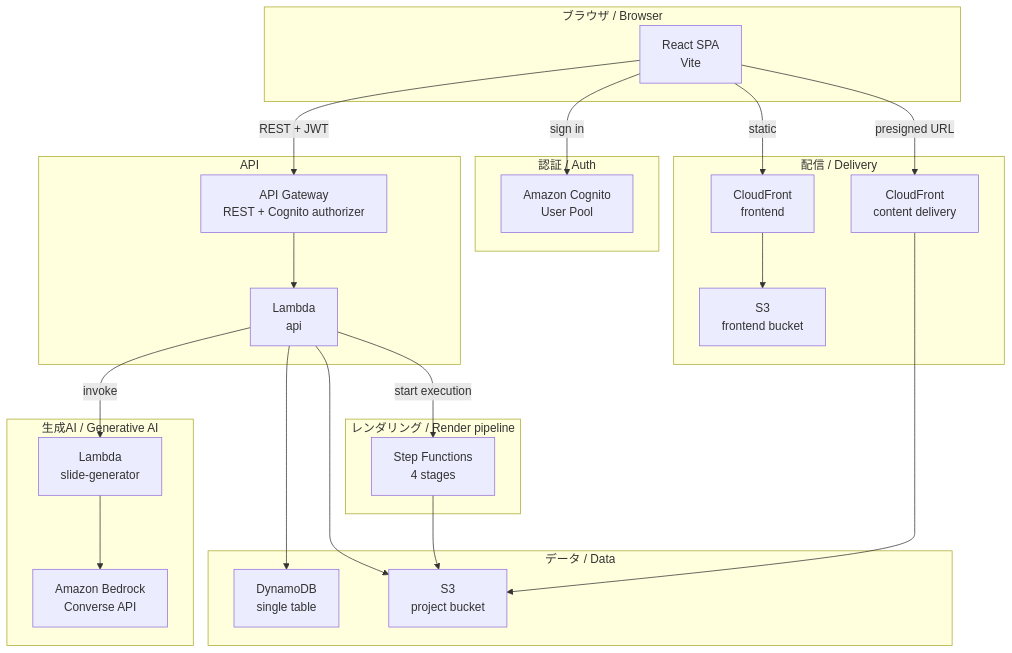
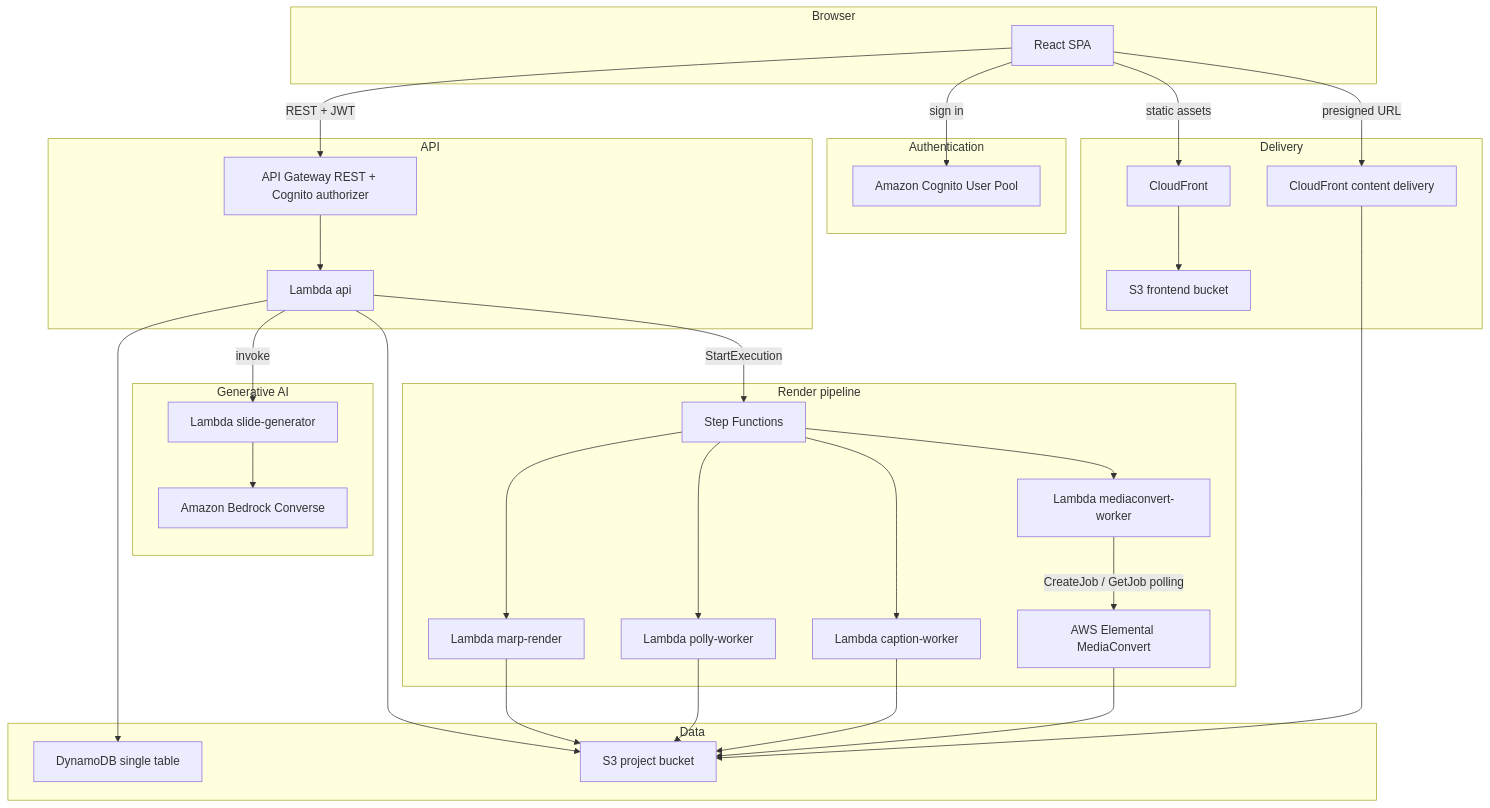
Before and after one commit to hide-G/slide-first-ai-video: the first of 5 diagrams in docs/architecture.md, drawn with Mermaid. The commit also changed other lines of this file and 28 other files, not shown here.

Commit message:
feat: add vertical caption styles and partial render recovery

````diff
--- a/docs/architecture.md
+++ b/docs/architecture.md
@@ -25,45 +15,58 @@
 ```mermaid
 flowchart TB
-    subgraph Client["ブラウザ / Browser"]
-        UI["React SPA<br/>Vite"]
+    subgraph Client[Browser]
+        UI[React SPA]
     end
 
-    subgraph Delivery["配信 / Delivery"]
-        CFF["CloudFront<br/>frontend"]
-        S3F["S3<br/>frontend bucket"]
-        CFC["CloudFront<br/>content delivery"]
+    subgraph Delivery[Delivery]
+        CFF[CloudFront]
+        S3F[S3 frontend bucket]
+        CFC[CloudFront content delivery]
     end
 
-    subgraph Auth["認証 / Auth"]
-        COG["Amazon Cognito<br/>User Pool"]
+    subgraph Auth[Authentication]
+        COG[Amazon Cognito User Pool]
     end
 
-    subgraph Api["API"]
-        APIGW["API Gateway<br/>REST + Cognito authorizer"]
-        APILAMBDA["Lambda<br/>api"]
+    subgraph API[API]
+        APIGW[API Gateway REST + Cognito authorizer]
+        APILAMBDA[Lambda api]
     end
 
-    subgraph Data["データ / Data"]
-        DDB["DynamoDB<br/>single table"]
-        S3P["S3<br/>project bucket"]
+    subgraph Data[Data]
+        DDB[DynamoDB single table]
+        S3P[S3 project bucket]
     end
 
-    subgraph Gen["生成AI / Generative AI"]
-        SG["Lambda<br/>slide-generator"]
-        BR["Amazon Bedrock<br/>Converse API"]
+    subgraph AI[Generative AI]
+        SG[Lambda slide-generator]
+        BR[Amazon Bedrock Converse]
     end
 
-    subgraph Pipeline["レンダリング / Render pipeline"]
-        SFN["Step Functions<br/>4 stages"]
+    subgraph Pipeline[Render pipeline]
+        SFN[Step Functions]
+        MR[Lambda marp-render]
+        PW[Lambda polly-worker]
+        CW[Lambda caption-worker]
+        MW[Lambda mediaconvert-worker]
+        MC[AWS Elemental MediaConvert]
     end
 
-    UI -->|"static"| CFF --> S3F
-    UI -->|"sign in"| COG
-    UI -->|"REST + JWT"| APIGW --> APILAMBDA
+    UI -->|static assets| CFF --> S3F
+    UI -->|sign in| COG
+    UI -->|REST + JWT| APIGW --> APILAMBDA
     APILAMBDA --> DDB
     APILAMBDA --> S3P
-    APILAMBDA -->|"invoke"| SG --> BR
-    APILAMBDA -->|"start execution"| SFN
-    SFN --> S3P
-    UI -->|"presigned URL"| CFC --> S3P
+    APILAMBDA -->|invoke| SG --> BR
+    APILAMBDA -->|StartExecution| SFN
+    SFN --> MR
+    SFN --> PW
+    SFN --> CW
+    SFN --> MW
+    MR --> S3P
+    PW --> S3P
+    CW --> S3P
+    MW -->|CreateJob / GetJob polling| MC
+    MC --> S3P
+    UI -->|presigned URL| CFC --> S3P
 ```
````
